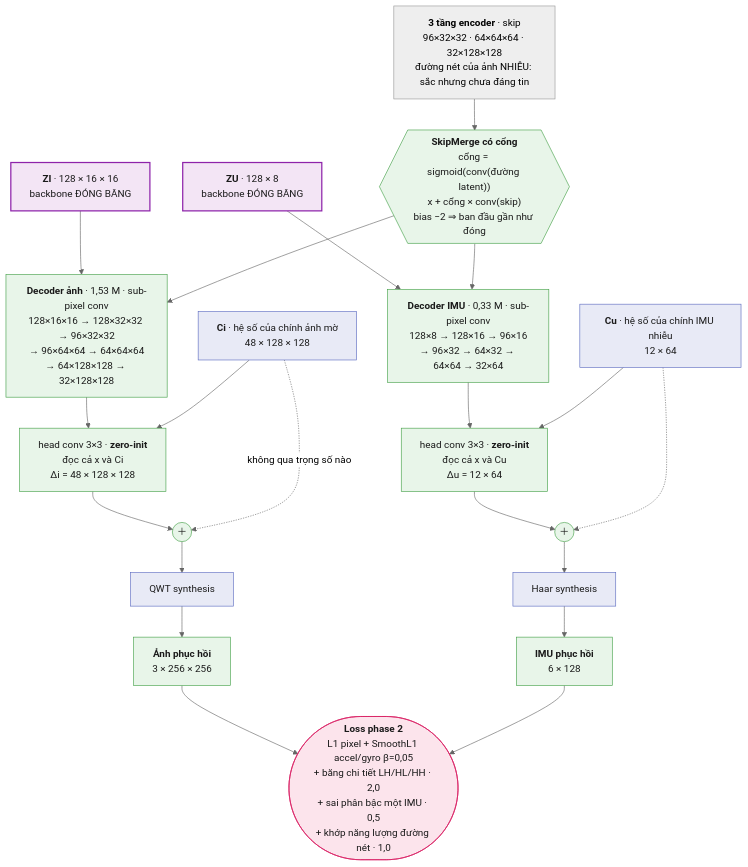
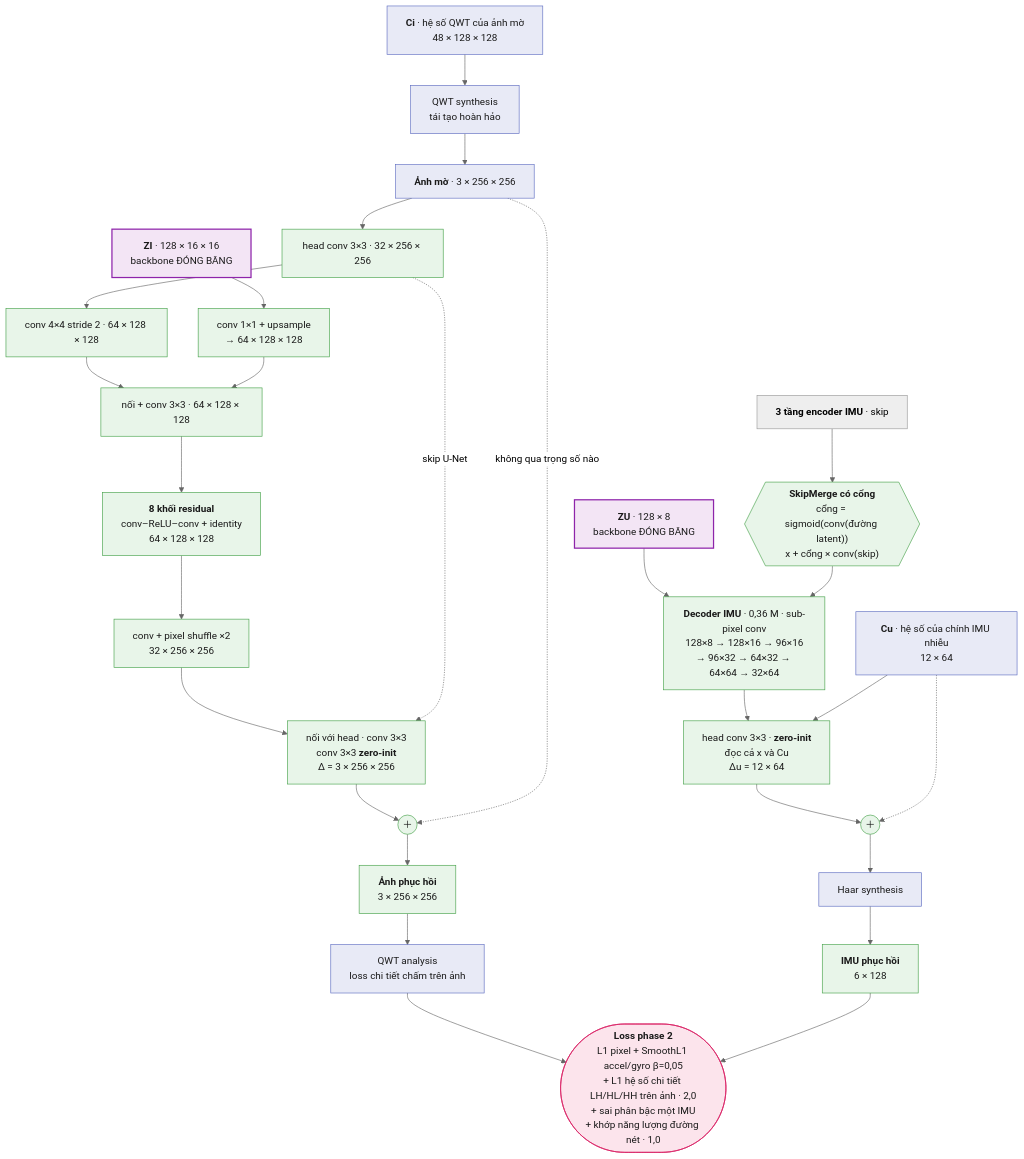
The fourth of 4 diagrams in README.md (leesanghyoek/qwt_jepa_ver3), drawn with Mermaid (neutral theme) before and after one commit. The commit also changed other lines of this file and 11 other files, not shown here.

````diff
--- a/README.md
+++ b/README.md
@@ -237,39 +280,44 @@
 ```mermaid
 flowchart TB
     ZI["<b>ZI</b> · 128 × 16 × 16<br/>backbone ĐÓNG BĂNG"]
     ZU["<b>ZU</b> · 128 × 8<br/>backbone ĐÓNG BĂNG"]
-    DI["<b>Decoder ảnh</b> · 1,53 M · sub-pixel conv<br/>128×16×16 → 128×32×32 → 96×32×32<br/>→ 96×64×64 → 64×64×64<br/>→ 64×128×128 → 32×128×128"]
-    DU["<b>Decoder IMU</b> · 0,33 M · sub-pixel conv<br/>128×8 → 128×16 → 96×16<br/>→ 96×32 → 64×32 → 64×64 → 32×64"]
-    HI["head conv 3×3 · <b>zero-init</b><br/>đọc cả x và Ci<br/>Δi = 48 × 128 × 128"]
+    CI["<b>Ci</b> · hệ số QWT của ảnh mờ<br/>48 × 128 × 128"]
+    SB["QWT synthesis<br/>tái tạo hoàn hảo"]
+    IB["<b>Ảnh mờ</b> · 3 × 256 × 256"]
+    RH["head conv 3×3 · 32 × 256 × 256"]
+    RD["conv 4×4 stride 2 · 64 × 128 × 128"]
+    RL["conv 1×1 + upsample<br/>→ 64 × 128 × 128"]
+    RF["nối + conv 3×3 · 64 × 128 × 128"]
+    RT["<b>8 khối residual</b><br/>conv–ReLU–conv + identity<br/>64 × 128 × 128"]
+    RU["conv + pixel shuffle ×2<br/>32 × 256 × 256"]
+    RS["nối với head · conv 3×3<br/>conv 3×3 <b>zero-init</b><br/>Δ = 3 × 256 × 256"]
+    PI(("＋"))
+    OI["<b>Ảnh phục hồi</b><br/>3 × 256 × 256"]
+    AI["QWT analysis<br/>loss chi tiết chấm trên ảnh"]
+    DU["<b>Decoder IMU</b> · 0,36 M · sub-pixel conv<br/>128×8 → 128×16 → 96×16<br/>→ 96×32 → 64×32 → 64×64 → 32×64"]
     HU["head conv 3×3 · <b>zero-init</b><br/>đọc cả x và Cu<br/>Δu = 12 × 64"]
-    CI["<b>Ci</b> · hệ số của chính ảnh mờ<br/>48 × 128 × 128"]
     CU["<b>Cu</b> · hệ số của chính IMU nhiễu<br/>12 × 64"]
-    PI(("＋"))
     PU(("＋"))
-    SI["QWT synthesis"]
     SU["Haar synthesis"]
-    OI["<b>Ảnh phục hồi</b><br/>3 × 256 × 256"]
     OU["<b>IMU phục hồi</b><br/>6 × 128"]
-    L1(["<b>Loss phase 2</b><br/>L1 pixel + SmoothL1 accel/gyro β=0,05<br/>+ băng chi tiết LH/HL/HH · 2,0<br/>+ sai phân bậc một IMU · 0,5<br/>+ khớp năng lượng đường nét · 1,0"])
-    SK["<b>3 tầng encoder</b> · skip<br/>96×32×32 · 64×64×64 · 32×128×128<br/>đường nét của ảnh NHIỄU: sắc nhưng chưa đáng tin"]
-    GT{{"<b>SkipMerge có cổng</b><br/>cổng = sigmoid(conv(đường latent))<br/>x + cổng × conv(skip)<br/>bias −2 ⇒ ban đầu gần như đóng"}}
-    ZI --> DI --> HI --> PI --> SI --> OI --> L1
+    L1(["<b>Loss phase 2</b><br/>L1 pixel + SmoothL1 accel/gyro β=0,05<br/>+ L1 hệ số chi tiết LH/HL/HH trên ảnh · 2,0<br/>+ sai phân bậc một IMU<br/>+ khớp năng lượng đường nét · 1,0"])
+    SK["<b>3 tầng encoder IMU</b> · skip"]
+    GT{{"<b>SkipMerge có cổng</b><br/>cổng = sigmoid(conv(đường latent))<br/>x + cổng × conv(skip)"}}
+    CI --> SB --> IB --> RH --> RD --> RF
+    ZI --> RL --> RF --> RT --> RU --> RS --> PI --> OI --> AI --> L1
+    RH -. "skip U-Net" .-> RS
+    IB -. "không qua trọng số nào" .-> PI
     ZU --> DU --> HU --> PU --> SU --> OU --> L1
-    SK --> GT
-    GT --> DI
-    GT --> DU
-    CI -. "không qua trọng số nào" .-> PI
+    SK --> GT --> DU
     CU -.-> PU
-    CI --> HI
     CU --> HU
     classDef tf fill:#e8eaf6,stroke:#5c6bc0,color:#1a1a1a
     classDef lat fill:#f3e5f5,stroke:#8e24aa,stroke-width:2px,color:#1a1a1a
     classDef p2 fill:#e8f5e9,stroke:#43a047,color:#1a1a1a
     classDef loss fill:#fce4ec,stroke:#d81b60,color:#1a1a1a
     class ZI,ZU lat
-    class CI,CU,SI,SU tf
-    class DI,DU,HI,HU,PI,PU,OI,OU p2
-    class SK bb
+    class CI,CU,SB,SU,AI,IB tf
+    class RH,RD,RL,RF,RT,RU,RS,PI,OI,DU,HU,PU,OU p2
     class GT p2
     class L1 loss
 ```
````
